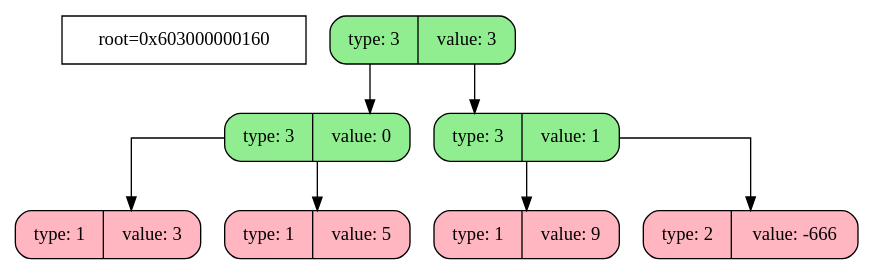
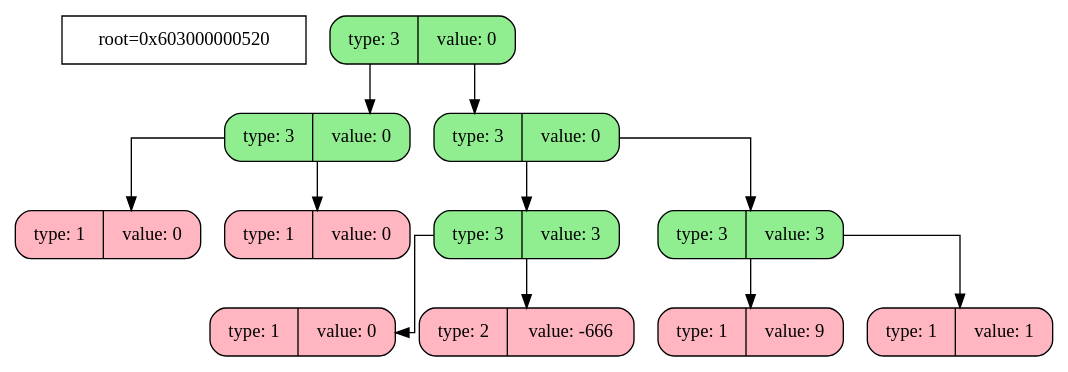
One commit to Yan103/Differencator changed the diagram in DumpFiles/dump.dot. Above: the diagram before and after it, drawn with Graphviz. The commit also changed 19 other files, not shown here.

```diff
--- a/DumpFiles/dump.dot
+++ b/DumpFiles/dump.dot
@@ -1,27 +1,39 @@
 digraph tree{
     node[shape=record,fontsize=14];
     splines=ortho
-    info[label="root=0x603000000160"]
+    info[label="root=0x603000000520"]
 
-  	node0x603000000160[shape=Mrecord,style="rounded,filled",fillcolor="lightgreen",label="type: 3| value: 3"]
-	node0x603000000160->node0x603000000100
-	node0x603000000100[shape=Mrecord,style="rounded,filled",fillcolor="lightgreen",label="type: 3| value: 0"]
-	node0x603000000100->node0x603000000040
-	node0x603000000040[shape=Mrecord,style="rounded,filled",fillcolor="lightpink",label="type: 1| value: 3"]
-	node0x603000000040[shape=Mrecord,style="rounded,filled",fillcolor="lightpink",label="type: 1| value: 3"]
-	node0x603000000100[shape=Mrecord,style="rounded,filled",fillcolor="lightgreen",label="type: 3| value: 0"]
-	node0x603000000100->node0x603000000070
-	node0x603000000070[shape=Mrecord,style="rounded,filled",fillcolor="lightpink",label="type: 1| value: 5"]
-	node0x603000000070[shape=Mrecord,style="rounded,filled",fillcolor="lightpink",label="type: 1| value: 5"]
-	node0x603000000160[shape=Mrecord,style="rounded,filled",fillcolor="lightgreen",label="type: 3| value: 3"]
-	node0x603000000160->node0x603000000130
-	node0x603000000130[shape=Mrecord,style="rounded,filled",fillcolor="lightgreen",label="type: 3| value: 1"]
-	node0x603000000130->node0x6030000000a0
-	node0x6030000000a0[shape=Mrecord,style="rounded,filled",fillcolor="lightpink",label="type: 1| value: 9"]
-	node0x6030000000a0[shape=Mrecord,style="rounded,filled",fillcolor="lightpink",label="type: 1| value: 9"]
-	node0x603000000130[shape=Mrecord,style="rounded,filled",fillcolor="lightgreen",label="type: 3| value: 1"]
-	node0x603000000130->node0x6030000000d0
-	node0x6030000000d0[shape=Mrecord,style="rounded,filled",fillcolor="lightpink",label="type: 2| value: -666"]
-	node0x6030000000d0[shape=Mrecord,style="rounded,filled",fillcolor="lightpink",label="type: 2| value: -666"]
+  	node0x603000000520[shape=Mrecord,style="rounded,filled",fillcolor="lightgreen",label="type: 3| value: 0"]
+	node0x603000000520->node0x6030000004f0
+	node0x6030000004f0[shape=Mrecord,style="rounded,filled",fillcolor="lightgreen",label="type: 3| value: 0"]
+	node0x6030000004f0->node0x6030000004c0
+	node0x6030000004c0[shape=Mrecord,style="rounded,filled",fillcolor="lightpink",label="type: 1| value: 0"]
+	node0x6030000004c0[shape=Mrecord,style="rounded,filled",fillcolor="lightpink",label="type: 1| value: 0"]
+	node0x6030000004f0[shape=Mrecord,style="rounded,filled",fillcolor="lightgreen",label="type: 3| value: 0"]
+	node0x6030000004f0->node0x603000000490
+	node0x603000000490[shape=Mrecord,style="rounded,filled",fillcolor="lightpink",label="type: 1| value: 0"]
+	node0x603000000490[shape=Mrecord,style="rounded,filled",fillcolor="lightpink",label="type: 1| value: 0"]
+	node0x603000000520[shape=Mrecord,style="rounded,filled",fillcolor="lightgreen",label="type: 3| value: 0"]
+	node0x603000000520->node0x603000000460
+	node0x603000000460[shape=Mrecord,style="rounded,filled",fillcolor="lightgreen",label="type: 3| value: 0"]
+	node0x603000000460->node0x603000000430
+	node0x603000000430[shape=Mrecord,style="rounded,filled",fillcolor="lightgreen",label="type: 3| value: 3"]
+	node0x603000000430->node0x603000000400
+	node0x603000000400[shape=Mrecord,style="rounded,filled",fillcolor="lightpink",label="type: 1| value: 0"]
+	node0x603000000400[shape=Mrecord,style="rounded,filled",fillcolor="lightpink",label="type: 1| value: 0"]
+	node0x603000000430[shape=Mrecord,style="rounded,filled",fillcolor="lightgreen",label="type: 3| value: 3"]
+	node0x603000000430->node0x6030000003d0
+	node0x6030000003d0[shape=Mrecord,style="rounded,filled",fillcolor="lightpink",label="type: 2| value: -666"]
+	node0x6030000003d0[shape=Mrecord,style="rounded,filled",fillcolor="lightpink",label="type: 2| value: -666"]
+	node0x603000000460[shape=Mrecord,style="rounded,filled",fillcolor="lightgreen",label="type: 3| value: 0"]
+	node0x603000000460->node0x6030000003a0
+	node0x6030000003a0[shape=Mrecord,style="rounded,filled",fillcolor="lightgreen",label="type: 3| value: 3"]
+	node0x6030000003a0->node0x603000000370
+	node0x603000000370[shape=Mrecord,style="rounded,filled",fillcolor="lightpink",label="type: 1| value: 9"]
+	node0x603000000370[shape=Mrecord,style="rounded,filled",fillcolor="lightpink",label="type: 1| value: 9"]
+	node0x6030000003a0[shape=Mrecord,style="rounded,filled",fillcolor="lightgreen",label="type: 3| value: 3"]
+	node0x6030000003a0->node0x603000000340
+	node0x603000000340[shape=Mrecord,style="rounded,filled",fillcolor="lightpink",label="type: 1| value: 1"]
+	node0x603000000340[shape=Mrecord,style="rounded,filled",fillcolor="lightpink",label="type: 1| value: 1"]
 
 }
```
